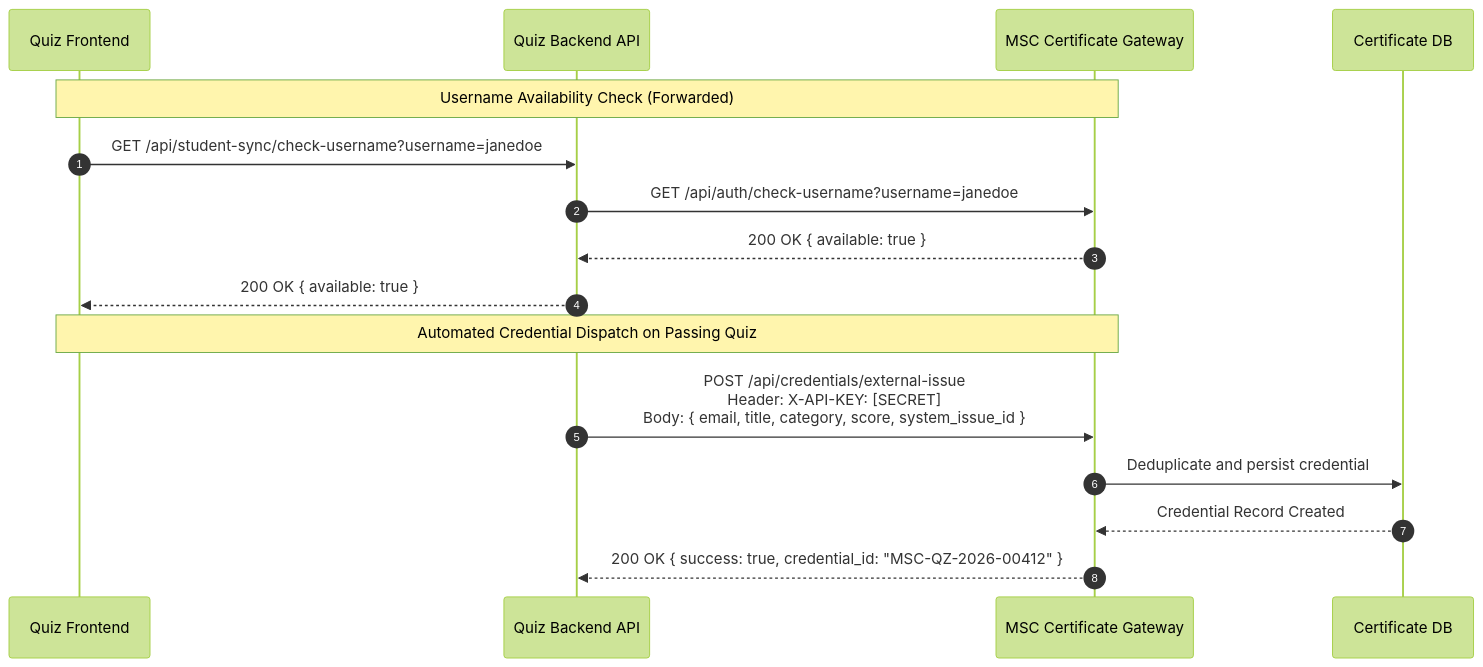
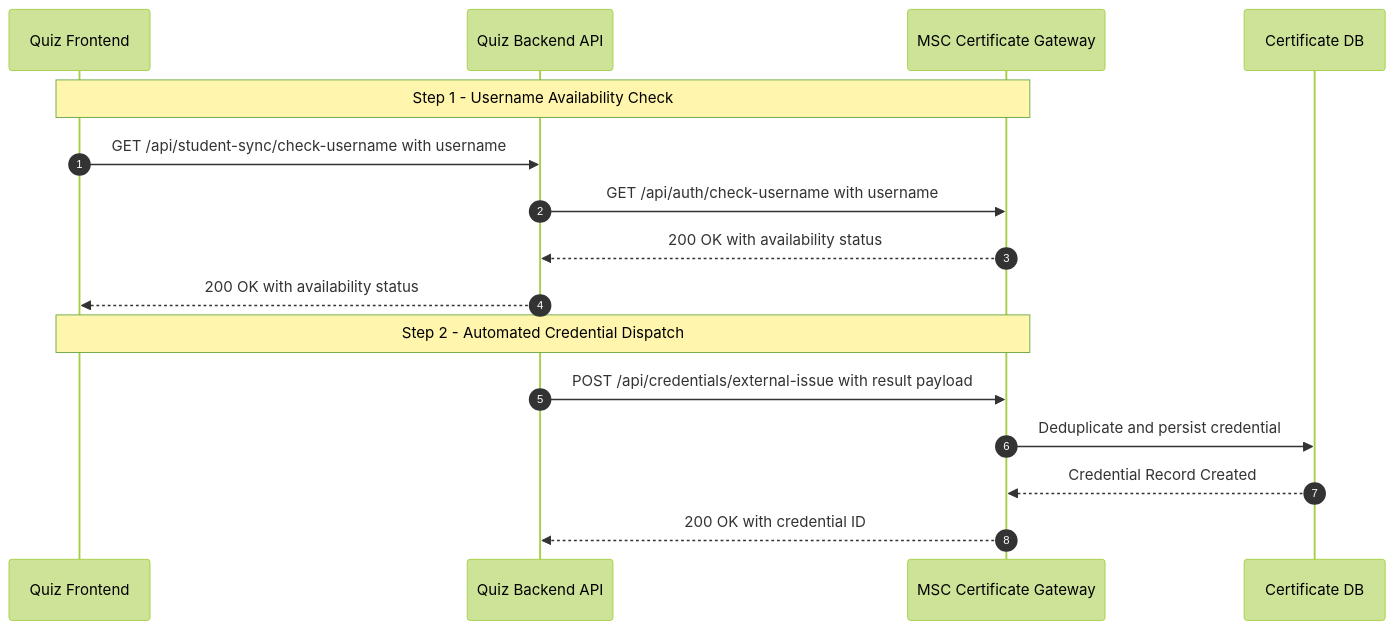
The fifth of 7 diagrams in DESIGN.md (mscprpcem/Quiz-platform), drawn with Mermaid (forest theme) before and after one commit. The commit also changed other lines of this file, not shown here.

Commit message:
Update UI

````diff
--- a/DESIGN.md
+++ b/DESIGN.md
@@ -327,20 +327,20 @@
 ```mermaid
 sequenceDiagram
     autonumber
     participant QuizClient as Quiz Frontend
     participant QuizAPI as Quiz Backend API
     participant CertAPI as MSC Certificate Gateway
     participant CertDB as Certificate DB
 
-    Note over QuizClient,CertAPI: Username Availability Check (Forwarded)
-    QuizClient->>QuizAPI: GET /api/student-sync/check-username?username=janedoe
-    QuizAPI->>CertAPI: GET /api/auth/check-username?username=janedoe
-    CertAPI-->>QuizAPI: 200 OK { available: true }
-    QuizAPI-->>QuizClient: 200 OK { available: true }
+    Note over QuizClient,CertAPI: Step 1 - Username Availability Check
+    QuizClient->>QuizAPI: GET /api/student-sync/check-username with username
+    QuizAPI->>CertAPI: GET /api/auth/check-username with username
+    CertAPI-->>QuizAPI: 200 OK with availability status
+    QuizAPI-->>QuizClient: 200 OK with availability status
 
-    Note over QuizClient,CertAPI: Automated Credential Dispatch on Passing Quiz
-    QuizAPI->>CertAPI: POST /api/credentials/external-issue<br/>Header: X-API-KEY: [SECRET]<br/>Body: { email, title, category, score, system_issue_id }
+    Note over QuizClient,CertAPI: Step 2 - Automated Credential Dispatch
+    QuizAPI->>CertAPI: POST /api/credentials/external-issue with result payload
     CertAPI->>CertDB: Deduplicate and persist credential
     CertDB-->>CertAPI: Credential Record Created
-    CertAPI-->>QuizAPI: 200 OK { success: true, credential_id: "MSC-QZ-2026-00412" }
+    CertAPI-->>QuizAPI: 200 OK with credential ID
 ```
````
